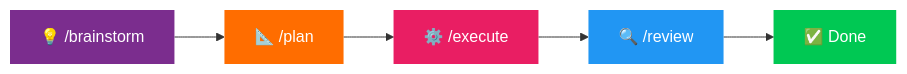
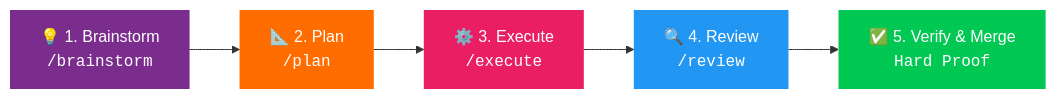
Before and after one commit to SriSatyaLokesh/superpowers-for-antigravity: the diagram in README.md, drawn with Mermaid. The commit also changed other lines of this file and 1 other file, not shown here.

````diff
--- a/README.md
+++ b/README.md
@@ -107,13 +186,13 @@
 ```mermaid
-graph LR
-    A["💡 /brainstorm"] --> B["📐 /plan"]
-    B --> C["⚙️ /execute"]
-    C --> D["🔍 /review"]
-    D --> E["✅ Done"]
-
+flowchart LR
+    A["💡 1. Brainstorm<br/><code>/brainstorm</code>"] --> B["📐 2. Plan<br/><code>/plan</code>"]
+    B --> C["⚙️ 3. Execute<br/><code>/execute</code>"]
+    C --> D["🔍 4. Review<br/><code>/review</code>"]
+    D --> E["✅ 5. Verify & Merge<br/><code>Hard Proof</code>"]
+    
     style A fill:#7B2D8E,color:#fff,stroke:none
     style B fill:#FF6D00,color:#fff,stroke:none
     style C fill:#E91E63,color:#fff,stroke:none
     style D fill:#2196F3,color:#fff,stroke:none
     style E fill:#00C853,color:#fff,stroke:none
 ```
````
